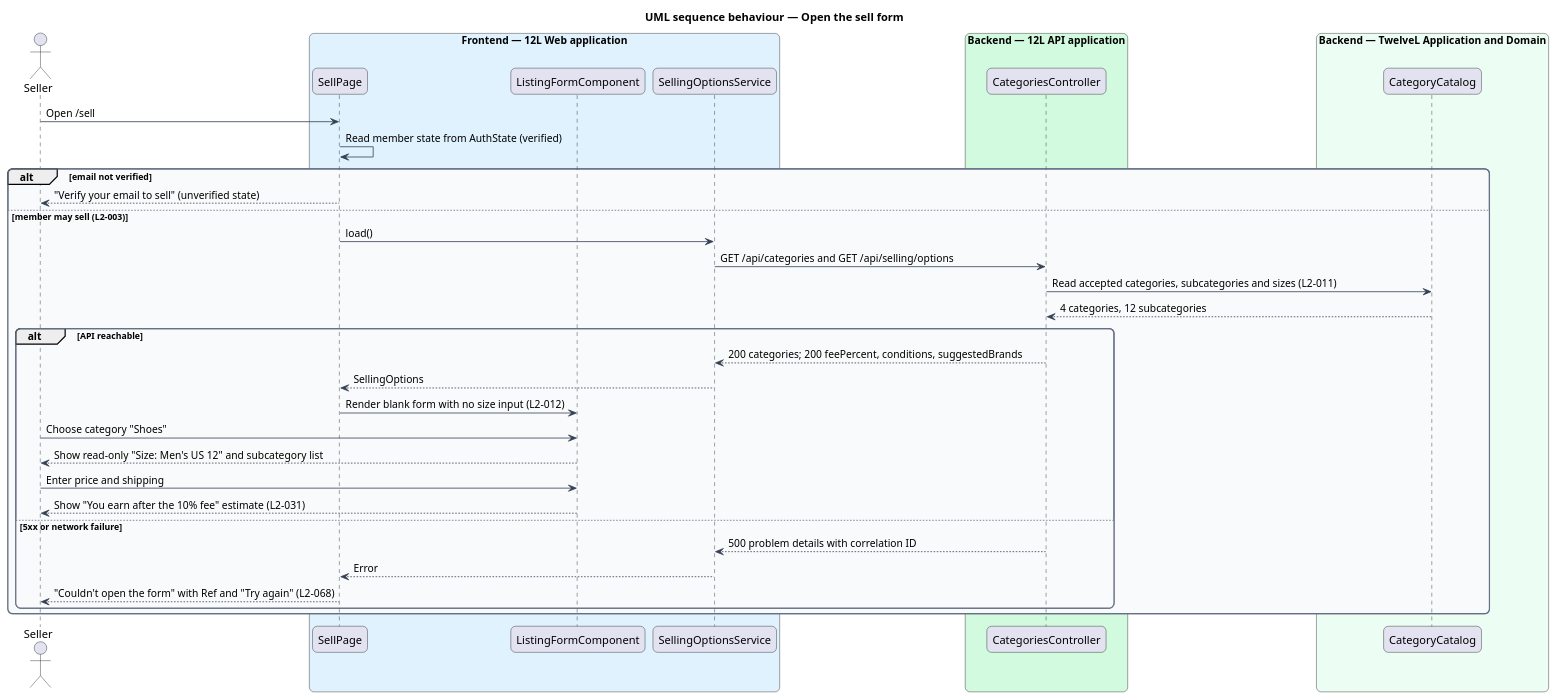
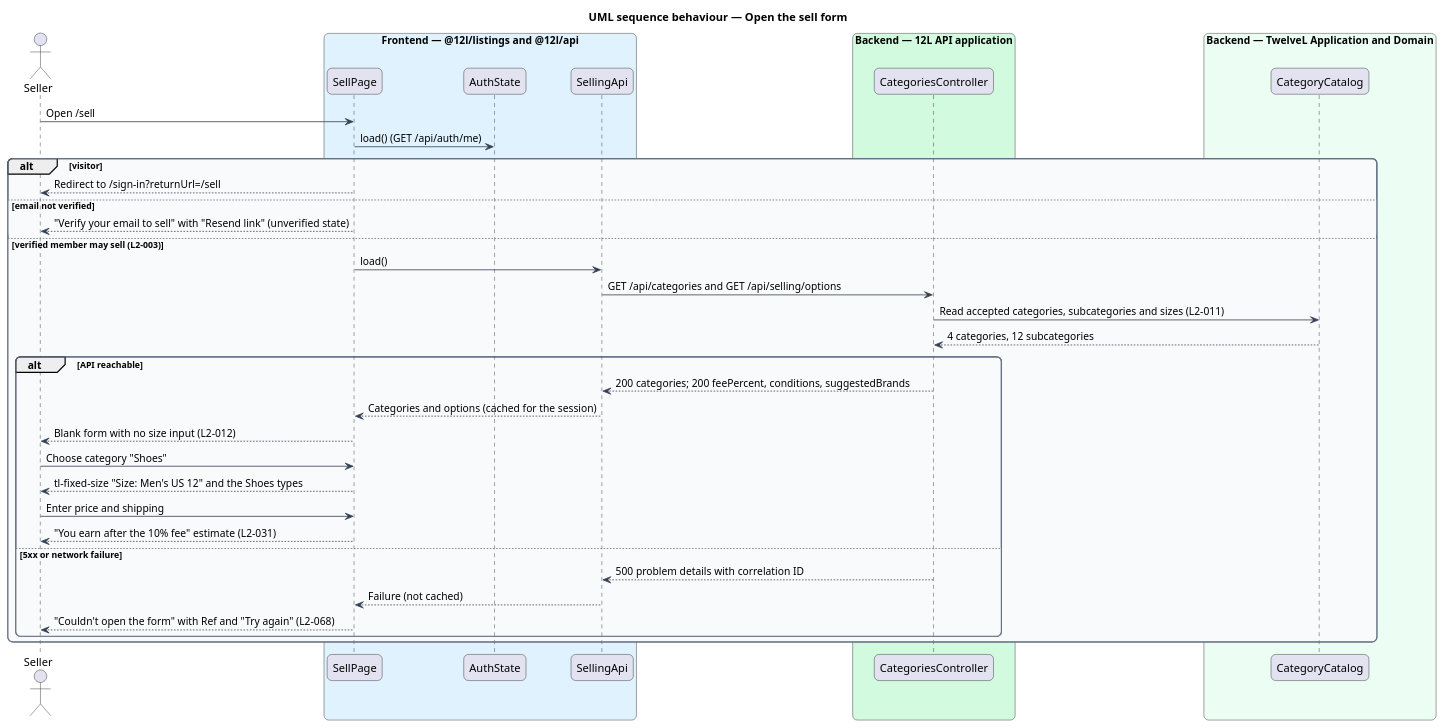
The diagram in docs/detailed-designs/listings/create-listing/diagrams/sequence-open-sell-form.puml (QuinntyneBrown/12l), drawn with PlantUML before and after one commit. The commit also changed 89 other files, not shown here.

First line of the commit message:
Document create-listing and sign-up-and-sign-in: designs, ADRs, design system, estimates

```diff
--- a/docs/detailed-designs/listings/create-listing/diagrams/sequence-open-sell-form.puml
+++ b/docs/detailed-designs/listings/create-listing/diagrams/sequence-open-sell-form.puml
@@ -1,52 +1,54 @@
 @startuml
 title UML sequence behaviour — Open the sell form
 skinparam backgroundColor #FFFFFF
 skinparam shadowing false
 skinparam roundcorner 12
 skinparam defaultFontName Arial
 skinparam ArrowColor #344054
 skinparam rectangle {
   BorderColor #344054
   FontColor #101828
 }
 skinparam package {
   BorderColor #667085
   FontColor #101828
   BackgroundColor #F9FAFB
 }
 actor "Seller" as actor
-box "Frontend — 12L Web application" #E0F2FE
+box "Frontend — @12l/listings and @12l/api" #E0F2FE
   participant "SellPage" as page
-  participant "ListingFormComponent" as form
-  participant "SellingOptionsService" as opts
+  participant "AuthState" as auth
+  participant "SellingApi" as opts
 end box
 box "Backend — 12L API application" #D1FADF
   participant "CategoriesController" as ctrl
 end box
 box "Backend — TwelveL Application and Domain" #ECFDF3
   participant "CategoryCatalog" as catalog
 end box
 actor -> page : Open /sell
-page -> page : Read member state from AuthState (verified)
-alt email not verified
-  page --> actor : "Verify your email to sell" (unverified state)
-else member may sell (L2-003)
+page -> auth : load() (GET /api/auth/me)
+alt visitor
+  page --> actor : Redirect to /sign-in?returnUrl=/sell
+else email not verified
+  page --> actor : "Verify your email to sell" with "Resend link" (unverified state)
+else verified member may sell (L2-003)
   page -> opts : load()
   opts -> ctrl : GET /api/categories and GET /api/selling/options
   ctrl -> catalog : Read accepted categories, subcategories and sizes (L2-011)
   catalog --> ctrl : 4 categories, 12 subcategories
   alt API reachable
     ctrl --> opts : 200 categories; 200 feePercent, conditions, suggestedBrands
-    opts --> page : SellingOptions
-    page -> form : Render blank form with no size input (L2-012)
-    actor -> form : Choose category "Shoes"
-    form --> actor : Show read-only "Size: Men's US 12" and subcategory list
-    actor -> form : Enter price and shipping
-    form --> actor : Show "You earn after the 10% fee" estimate (L2-031)
+    opts --> page : Categories and options (cached for the session)
+    page --> actor : Blank form with no size input (L2-012)
+    actor -> page : Choose category "Shoes"
+    page --> actor : tl-fixed-size "Size: Men's US 12" and the Shoes types
+    actor -> page : Enter price and shipping
+    page --> actor : "You earn after the 10% fee" estimate (L2-031)
   else 5xx or network failure
     ctrl --> opts : 500 problem details with correlation ID
-    opts --> page : Error
+    opts --> page : Failure (not cached)
     page --> actor : "Couldn't open the form" with Ref and "Try again" (L2-068)
   end
 end
 @enduml
```
